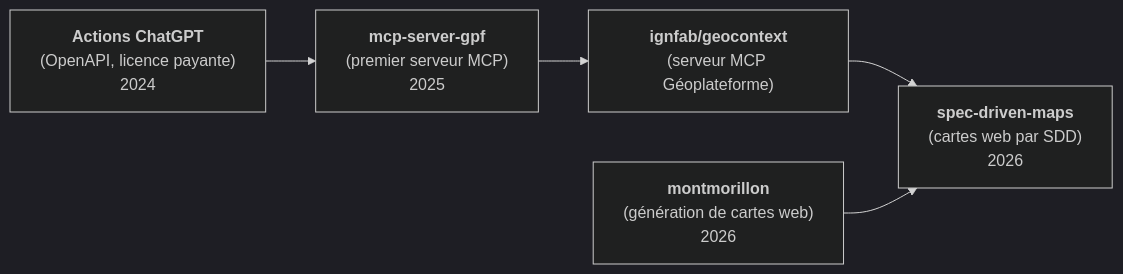
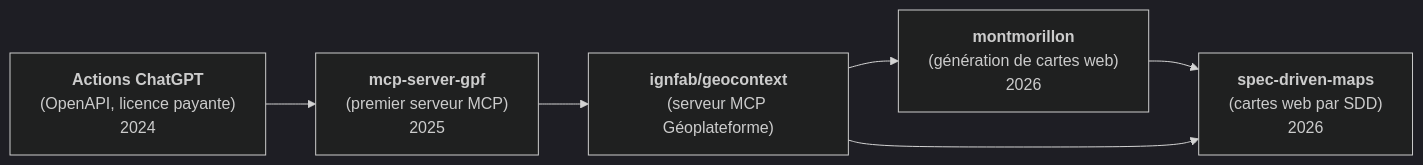
One commit to mborne/mborne.github.io changed the diagram in docs/ia/llm/experimentations/index.md. Above: the diagram before and after it, drawn with Mermaid (dark theme). The commit also changed other lines of this file, not shown here.

````diff
--- a/docs/ia/llm/experimentations/index.md
+++ b/docs/ia/llm/experimentations/index.md
@@ -23,13 +23,14 @@
 ```mermaid
 graph LR
   A["<b>Actions ChatGPT</b><br />(OpenAPI, licence payante)<br />2024"]
   B["<b>mcp-server-gpf</b><br />(premier serveur MCP)<br />2025"]
   C["<b>ignfab/geocontext</b><br />(serveur MCP Géoplateforme)"]
   D["<b>montmorillon</b><br />(génération de cartes web)<br />2026"]
   E["<b>spec-driven-maps</b><br />(cartes web par SDD)<br />2026"]
 
   A --> B
   B --> C
+  C --> D
+  D --> E
   C --> E
-  D --> E
 ```
````
